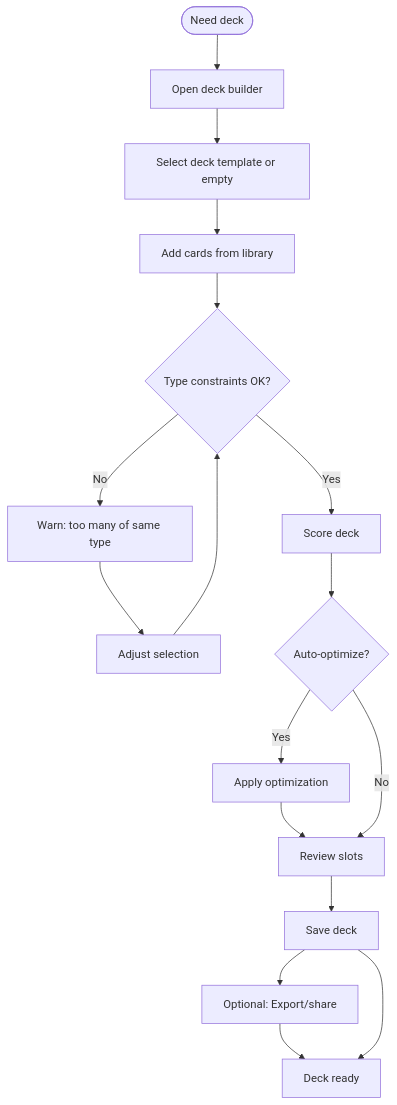
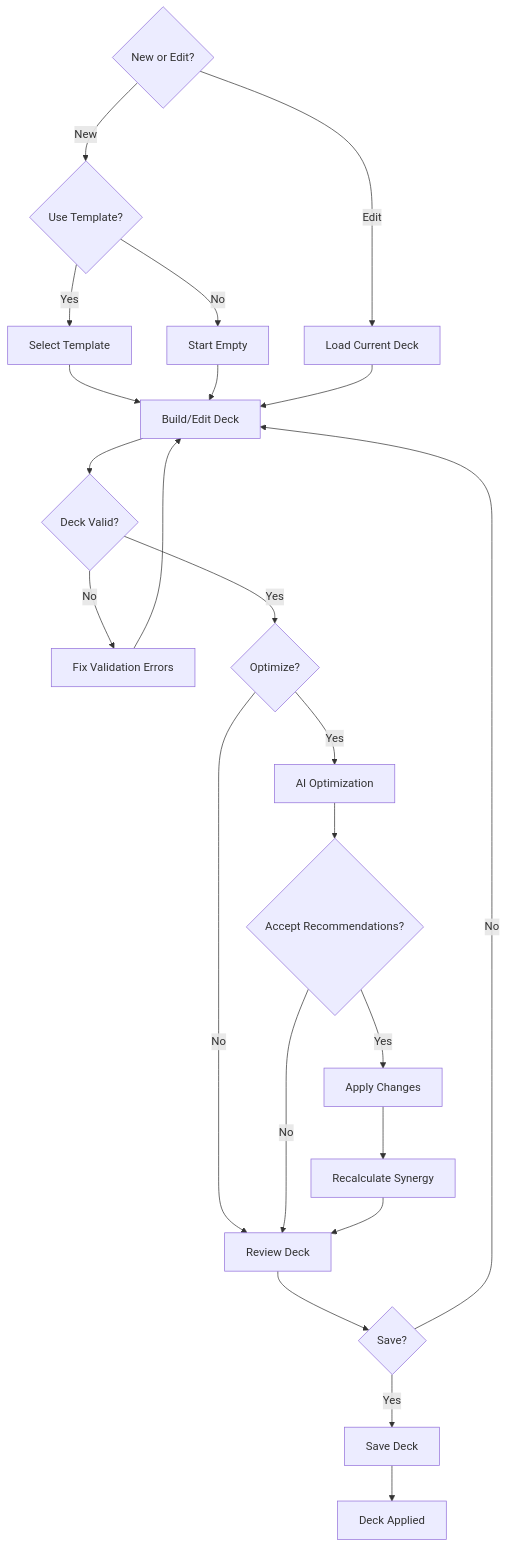
Before and after one commit to exatfrds67/umamusume-career-planner: the seventh of 10 diagrams in docs/01-user-flows/UF-006_Support_Deck_Building_Flow.md, drawn with Mermaid. The commit also changed other lines of this file and 67 other files, not shown here.

````diff
--- a/docs/01-user-flows/UF-006_Support_Deck_Building_Flow.md
+++ b/docs/01-user-flows/UF-006_Support_Deck_Building_Flow.md
@@ -26,19 +862,34 @@
 ```mermaid
 flowchart TD
-    Start([Need deck]) --> OpenDeck[Open deck builder]
-    OpenDeck --> SelectBase[Select deck template or empty]
-    SelectBase --> AddCards[Add cards from library]
-    AddCards --> ValidateTypes{Type constraints OK?}
-    ValidateTypes -->|No| WarnTypes[Warn: too many of same type]
-    WarnTypes --> AdjustDeck[Adjust selection]
-    AdjustDeck --> ValidateTypes
-    ValidateTypes -->|Yes| ScoreDeck[Score deck]
-    ScoreDeck --> Optimize{Auto-optimize?}
-    Optimize -->|Yes| RunOptimize[Apply optimization]
-    RunOptimize --> Review[Review slots]
-    Optimize -->|No| Review
-    Review --> SaveDeck[Save deck]
-    SaveDeck --> Export[Optional: Export/share]
-    Export --> Done[Deck ready]
-    SaveDeck --> Done
+    D1{New or Edit?}
+    D1 -->|New| D2{Use Template?}
+    D1 -->|Edit| D3[Load Current Deck]
+    
+    D2 -->|Yes| SelectTemplate[Select Template]
+    D2 -->|No| EmptyDeck[Start Empty]
+    
+    SelectTemplate --> BuildDeck
+    EmptyDeck --> BuildDeck
+    D3 --> BuildDeck[Build/Edit Deck]
+    
+    BuildDeck --> D4{Deck Valid?}
+    D4 -->|No| FixErrors[Fix Validation Errors]
+    FixErrors --> BuildDeck
+    D4 -->|Yes| D5{Optimize?}
+    
+    D5 -->|Yes| RunOptimize[AI Optimization]
+    D5 -->|No| Review[Review Deck]
+    
+    RunOptimize --> D6{Accept Recommendations?}
+    D6 -->|Yes| ApplyChanges[Apply Changes]
+    D6 -->|No| Review
+    
+    ApplyChanges --> Recalculate[Recalculate Synergy]
+    Recalculate --> Review
+    
+    Review --> D7{Save?}
+    D7 -->|Yes| Save[Save Deck]
+    D7 -->|No| BuildDeck
+    
+    Save --> Complete[Deck Applied]
 ```
````
